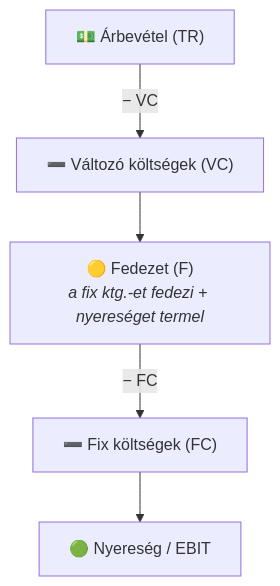
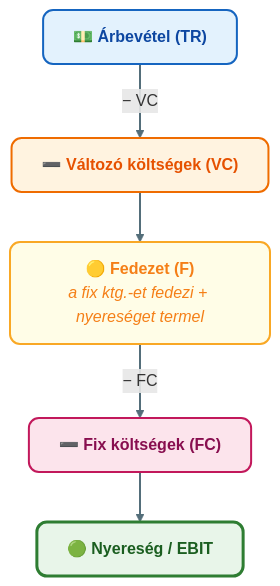
One commit to denespocsik/MM_BSC_Zarovizsga changed the first of 2 diagrams in Tételek/K17-GIXVS2MBLF-Kalkulációs módszerek és fedezetszámítás.tétel.md. Above: the diagram before and after it, drawn with Mermaid. The commit also changed other lines of this file and 34 other files, not shown here.

First line of the commit message:
style(tételek): egységes vizuális arculat a Mermaid-diagramokhoz

````diff
--- a/Tételek/K17-GIXVS2MBLF-Kalkulációs módszerek és fedezetszámítás.tétel.md
+++ b/Tételek/K17-GIXVS2MBLF-Kalkulációs módszerek és fedezetszámítás.tétel.md
@@ -41,13 +41,21 @@
 ```mermaid
 flowchart TD
-    TR["💵 Árbevétel (TR)"]
-    VC["➖ Változó költségek (VC)"]
-    F["🟡 Fedezet (F)<br/><i>a fix ktg.-et fedezi + nyereséget termel</i>"]
-    FC["➖ Fix költségek (FC)"]
-    EBIT["🟢 Nyereség / EBIT"]
+    TR["💵 <b>Árbevétel (TR)</b>"]:::kek
+    VC["➖ <b>Változó költségek (VC)</b>"]:::narancs
+    F["🟡 <b>Fedezet (F)</b><br/><i>a fix ktg.-et fedezi + nyereséget termel</i>"]:::sarga
+    FC["➖ <b>Fix költségek (FC)</b>"]:::rozsa
+    EBIT["🟢 <b>Nyereség / EBIT</b>"]:::zoldH
 
     TR -->|"− VC"| VC
     VC --> F
     F -->|"− FC"| FC
     FC --> EBIT
+
+    classDef kek     fill:#e3f2fd,stroke:#1565c0,stroke-width:2px,color:#0d47a1,rx:10,ry:10;
+    classDef zoldH   fill:#e8f5e9,stroke:#2e7d32,stroke-width:3px,color:#1b5e20,rx:10,ry:10;
+    classDef narancs fill:#fff3e0,stroke:#ef6c00,stroke-width:2px,color:#e65100,rx:10,ry:10;
+    classDef rozsa   fill:#fce4ec,stroke:#c2185b,stroke-width:2px,color:#880e4f,rx:10,ry:10;
+    classDef sarga   fill:#fffde7,stroke:#f9a825,stroke-width:2px,color:#f57f17,rx:10,ry:10;
+
+    linkStyle default stroke:#546e7a,stroke-width:2px;
 ```
````
